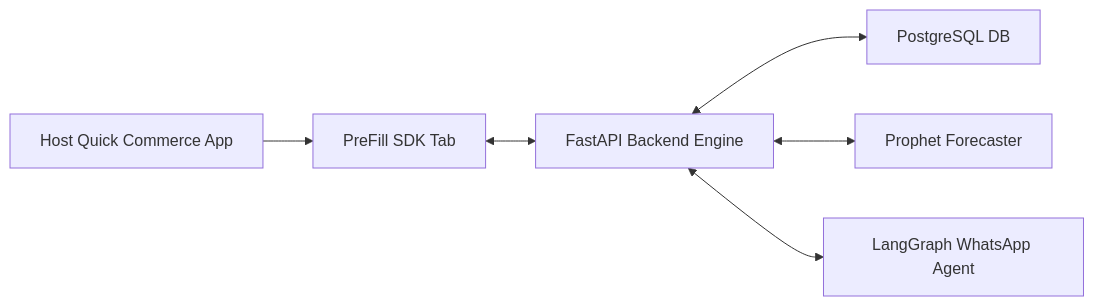
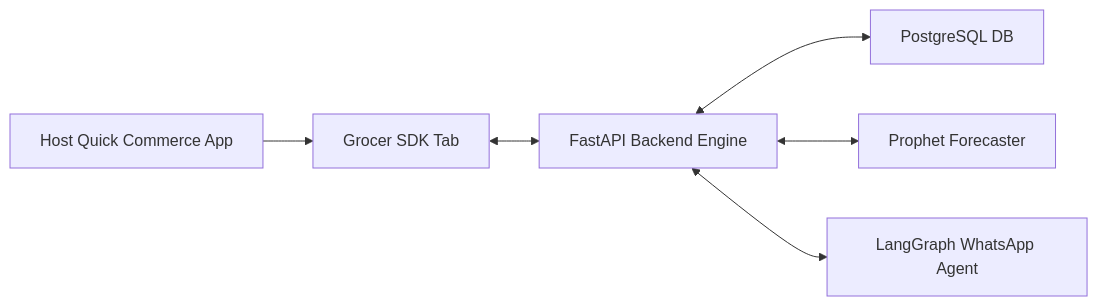
The diagram in README.md (kwakhare5/Grocer), drawn with Mermaid before and after one commit. The commit also changed other lines of this file and 77 other files, not shown here.

Commit message:
feat: enforce mandatory graphify in all AGENTS.md

````diff
--- a/README.md
+++ b/README.md
@@ -80,8 +82,8 @@
 ```mermaid
 flowchart LR
-    A[Host Quick Commerce App] --> B[PreFill SDK Tab]
+    A[Host Quick Commerce App] --> B[Grocer SDK Tab]
     B <--> C[FastAPI Backend Engine]
     C <--> D[PostgreSQL DB]
     C <--> E[Prophet Forecaster]
     C <--> F[LangGraph WhatsApp Agent]
 ```
````
